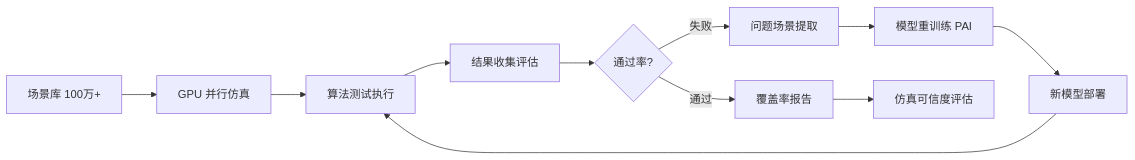
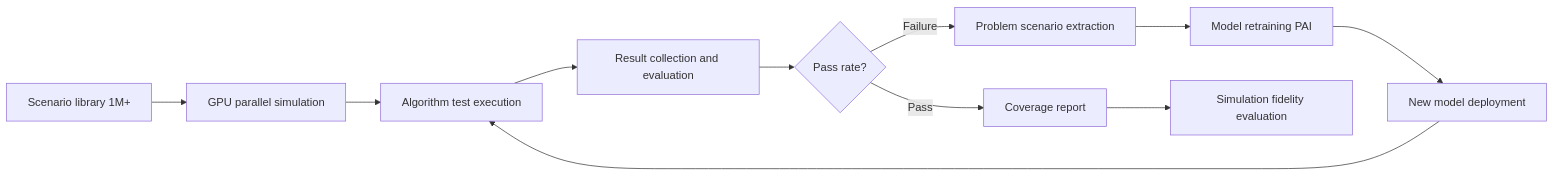
The second of 2 diagrams in tree/application/architecture/autonomous-driving-sim.md (teaglebuilt/knowledge-tree), drawn with Mermaid before and after one commit. The commit also changed other lines of this file and 16 other files, not shown here.

````diff
--- a/tree/application/architecture/autonomous-driving-sim.md
+++ b/tree/application/architecture/autonomous-driving-sim.md
@@ -447,13 +447,13 @@
 ```mermaid
 flowchart LR
-    A[场景库 100万+] --> B[GPU 并行仿真]
-    B --> C[算法测试执行]
-    C --> D[结果收集评估]
-    D --> E{通过率?}
-    E -->|失败| F[问题场景提取]
-    F --> G[模型重训练 PAI]
-    G --> H[新模型部署]
+    A[Scenario library 1M+] --> B[GPU parallel simulation]
+    B --> C[Algorithm test execution]
+    C --> D[Result collection and evaluation]
+    D --> E{Pass rate?}
+    E -->|Failure| F[Problem scenario extraction]
+    F --> G[Model retraining PAI]
+    G --> H[New model deployment]
     H --> C
-    E -->|通过| I[覆盖率报告]
-    I --> J[仿真可信度评估]
+    E -->|Pass| I[Coverage report]
+    I --> J[Simulation fidelity evaluation]
 ```
````
